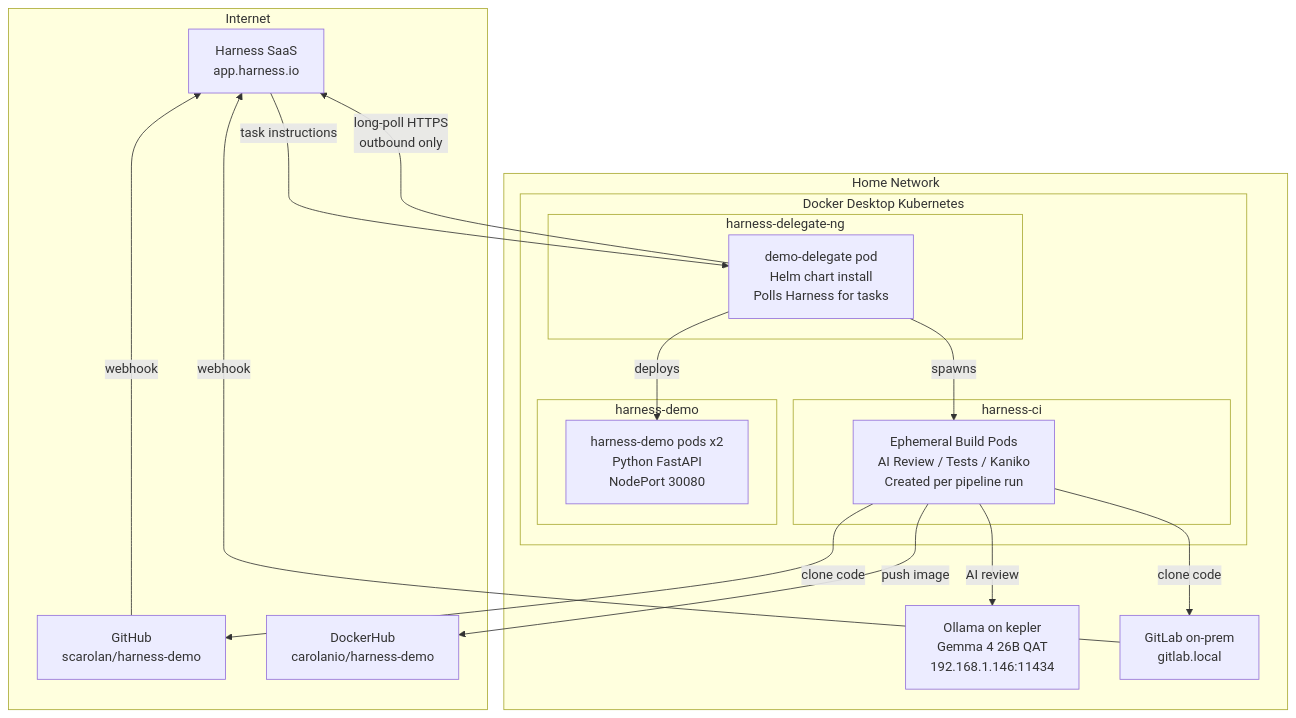
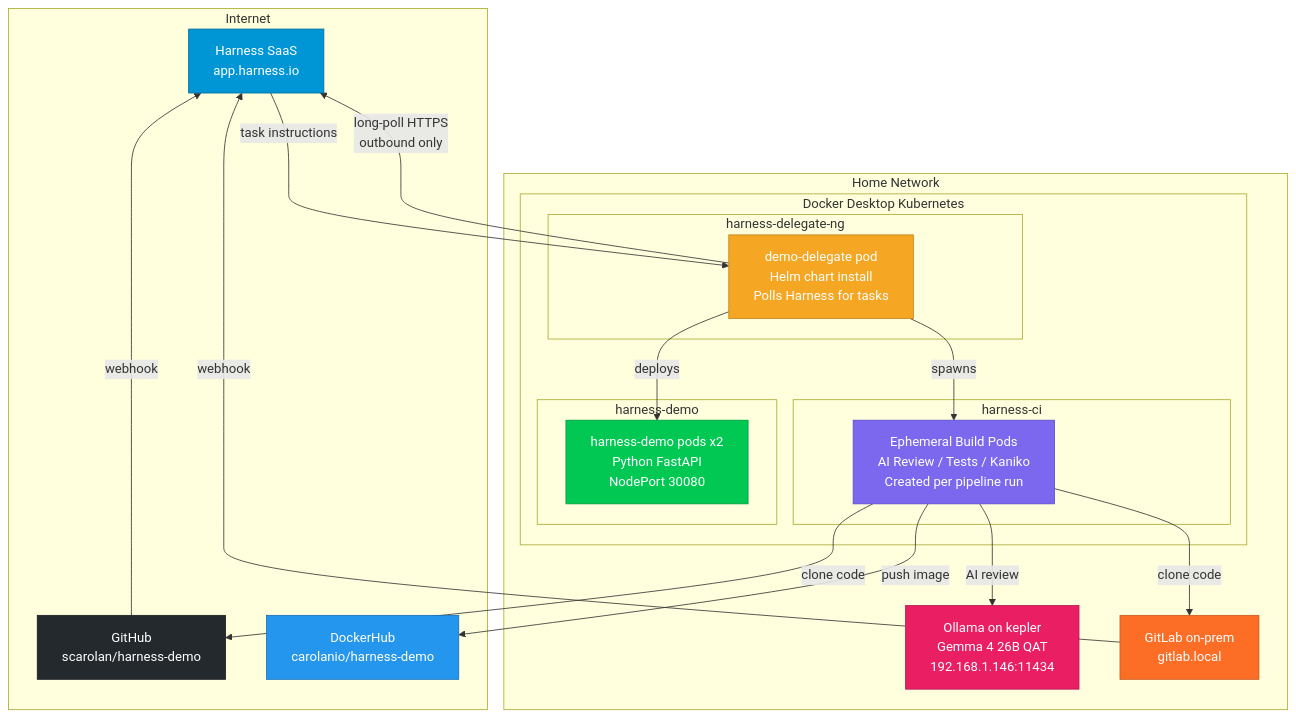
Before and after one commit to scarolan/harness-demo: the first of 4 diagrams in docs/ARCHITECTURE.md, drawn with Mermaid. The commit also changed other lines of this file, not shown here.

First line of the commit message:
Add color to architecture Mermaid diagrams

````diff
--- a/docs/ARCHITECTURE.md
+++ b/docs/ARCHITECTURE.md
@@ -5,35 +5,44 @@
 ```mermaid
 graph TB
     subgraph Internet
         HARNESS[Harness SaaS<br/>app.harness.io]
         GITHUB[GitHub<br/>scarolan/harness-demo]
         DOCKERHUB[DockerHub<br/>carolanio/harness-demo]
     end
 
     subgraph Home Network
         subgraph Docker Desktop Kubernetes
             subgraph harness-delegate-ng
                 DELEGATE[demo-delegate pod<br/>Helm chart install<br/>Polls Harness for tasks]
             end
             subgraph harness-ci
                 BUILD[Ephemeral Build Pods<br/>AI Review / Tests / Kaniko<br/>Created per pipeline run]
             end
             subgraph harness-demo
                 APP1[harness-demo pods x2<br/>Python FastAPI<br/>NodePort 30080]
             end
         end
         OLLAMA[Ollama on kepler<br/>Gemma 4 26B QAT<br/>192.168.1.146:11434]
         GITLAB[GitLab on-prem<br/>gitlab.local]
     end
 
     GITHUB -->|webhook| HARNESS
     GITLAB -->|webhook| HARNESS
     DELEGATE -->|long-poll HTTPS<br/>outbound only| HARNESS
     HARNESS -->|task instructions| DELEGATE
     DELEGATE -->|spawns| BUILD
     DELEGATE -->|deploys| APP1
     BUILD -->|clone code| GITHUB
     BUILD -->|clone code| GITLAB
     BUILD -->|AI review| OLLAMA
     BUILD -->|push image| DOCKERHUB
+
+    style HARNESS fill:#0096d6,stroke:#006b99,color:#fff
+    style GITHUB fill:#24292e,stroke:#1b1f23,color:#fff
+    style DOCKERHUB fill:#2496ed,stroke:#1a6fba,color:#fff
+    style DELEGATE fill:#f5a623,stroke:#c4841c,color:#fff
+    style BUILD fill:#7b68ee,stroke:#5a4fcf,color:#fff
+    style APP1 fill:#00c853,stroke:#009e42,color:#fff
+    style OLLAMA fill:#e91e63,stroke:#b71550,color:#fff
+    style GITLAB fill:#fc6d26,stroke:#c95a1f,color:#fff
 ```
````
